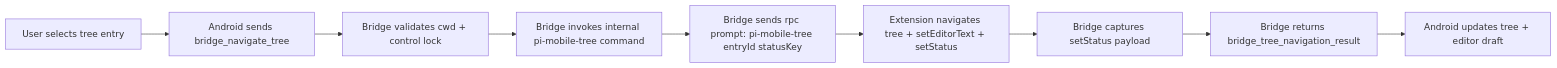
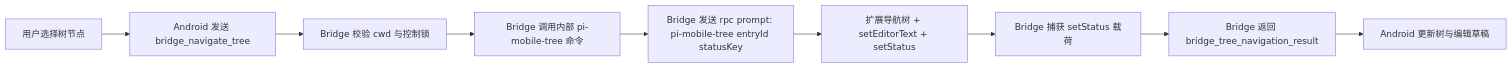
One commit to GuoZhenKuang/pipilot changed the fourth of 5 diagrams in docs/architecture.md. Above: the diagram before and after it, drawn with Mermaid. The commit also changed other lines of this file and 7 other files, not shown here.

````diff
--- a/docs/architecture.md
+++ b/docs/architecture.md
@@ -95,11 +95,12 @@
 ```mermaid
 flowchart LR
-    A[User selects tree entry] --> B[Android sends bridge_navigate_tree]
-    B --> C[Bridge validates cwd + control lock]
-    C --> D[Bridge invokes internal pi-mobile-tree command]
-    D --> E[Bridge sends rpc prompt: pi-mobile-tree entryId statusKey]
-    E --> F[Extension navigates tree + setEditorText + setStatus]
-    F --> G[Bridge captures setStatus payload]
-    G --> H[Bridge returns bridge_tree_navigation_result]
-    H --> I[Android updates tree + editor draft]
+    A[用户选择树节点] --> B[Android 发送 bridge_navigate_tree]
+    B --> C[Bridge 校验 cwd 与控制锁]
+    C --> D[Bridge 调用内部 pi-mobile-tree 命令]
+    D --> E[Bridge 发送 rpc prompt: pi-mobile-tree entryId statusKey]
+    F[扩展导航树 + setEditorText + setStatus]
+    E --> F
+    F --> G[Bridge 捕获 setStatus 载荷]
+    G --> H[Bridge 返回 bridge_tree_navigation_result]
+    H --> I[Android 更新树与编辑草稿]
 ```
````
